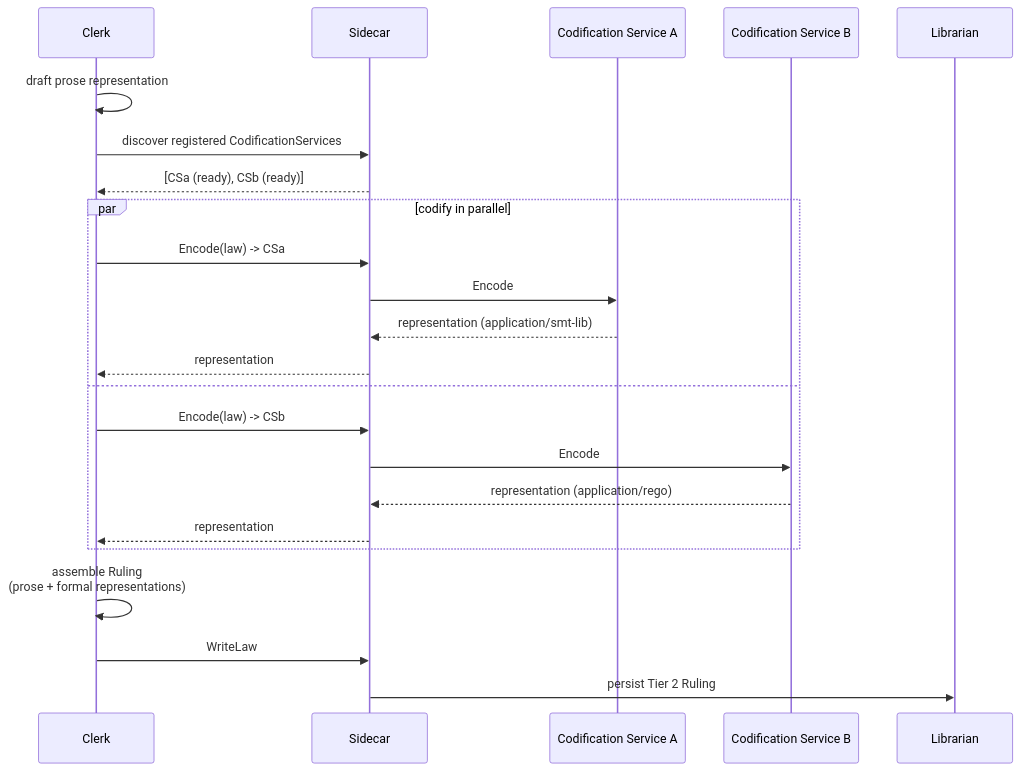
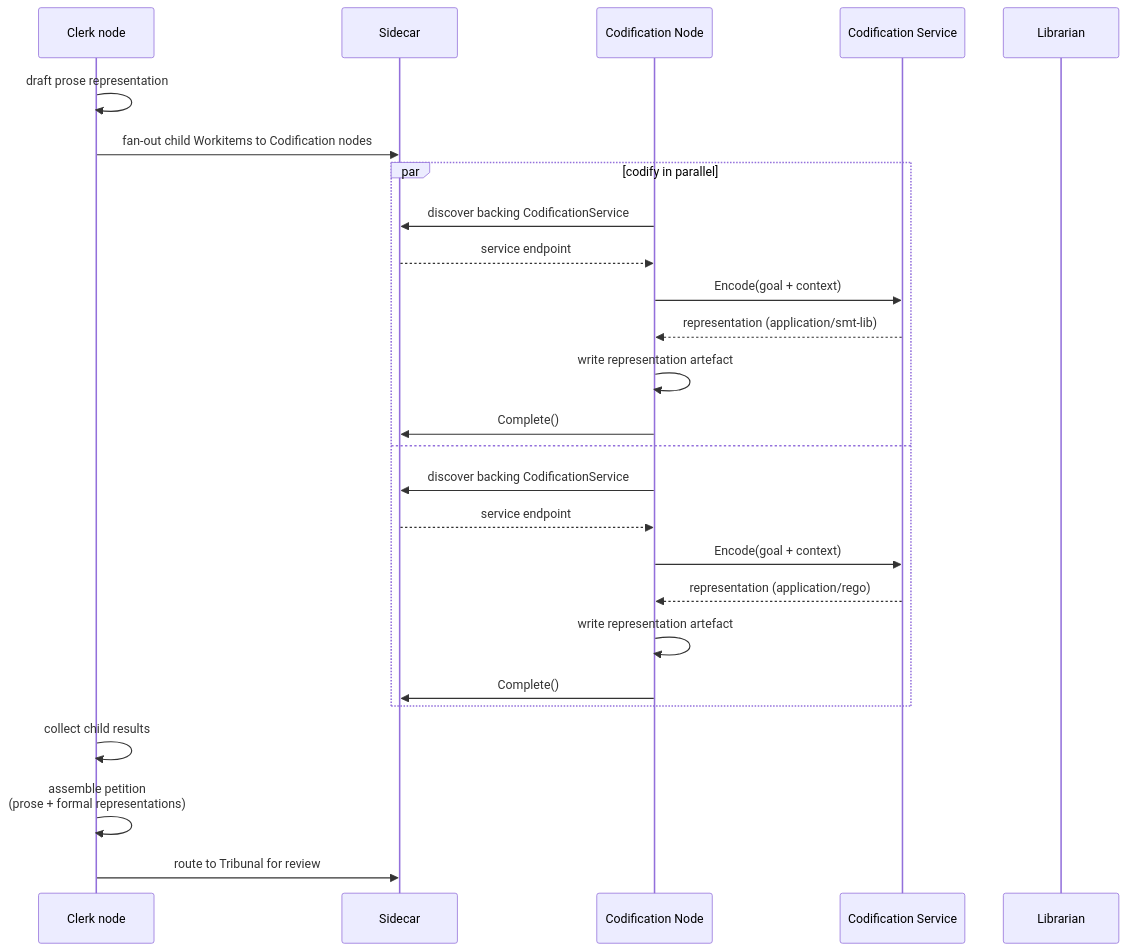
Before and after one commit to really-knows-ai/gideas: the third of 4 diagrams in specs/02-flow/04-system-services.md, drawn with Mermaid. The commit also changed other lines of this file and 20 other files, not shown here.

First line of the commit message:
docs: replace Jury/Clerk services with node-based judiciary across all specs (Phase 1)

````diff
--- a/specs/02-flow/04-system-services.md
+++ b/specs/02-flow/04-system-services.md
@@ -364,26 +310,29 @@
 ```mermaid
 sequenceDiagram
-    participant CL as Clerk
+    participant CL as Clerk node
     participant SC as Sidecar
-    participant CSa as Codification Service A
-    participant CSb as Codification Service B
+    participant CN as Codification Node
+    participant CS as Codification Service
     participant LB as Librarian
 
     CL->>CL: draft prose representation
-    CL->>SC: discover registered CodificationServices
-    SC-->>CL: [CSa (ready), CSb (ready)]
+    CL->>SC: fan-out child Workitems to Codification nodes
     par codify in parallel
-        CL->>SC: Encode(law) -> CSa
-        SC->>CSa: Encode
-        CSa-->>SC: representation (application/smt-lib)
-        SC-->>CL: representation
+        CN->>SC: discover backing CodificationService
+        SC-->>CN: service endpoint
+        CN->>CS: Encode(goal + context)
+        CS-->>CN: representation (application/smt-lib)
+        CN->>CN: write representation artefact
+        CN->>SC: Complete()
     and
-        CL->>SC: Encode(law) -> CSb
-        SC->>CSb: Encode
-        CSb-->>SC: representation (application/rego)
-        SC-->>CL: representation
+        CN->>SC: discover backing CodificationService
+        SC-->>CN: service endpoint
+        CN->>CS: Encode(goal + context)
+        CS-->>CN: representation (application/rego)
+        CN->>CN: write representation artefact
+        CN->>SC: Complete()
     end
-    CL->>CL: assemble Ruling<br/>(prose + formal representations)
-    CL->>SC: WriteLaw
-    SC->>LB: persist Tier 2 Ruling
+    CL->>CL: collect child results
+    CL->>CL: assemble petition<br/>(prose + formal representations)
+    CL->>SC: route to Tribunal for review
 ```
````
